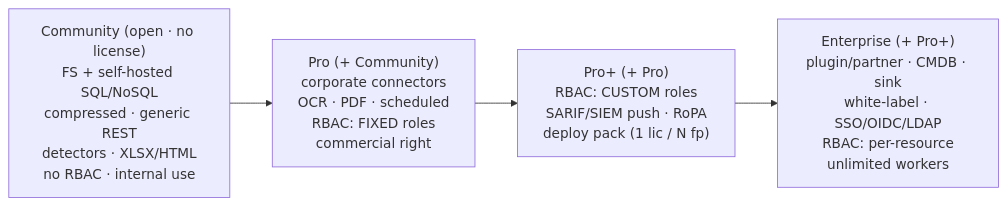
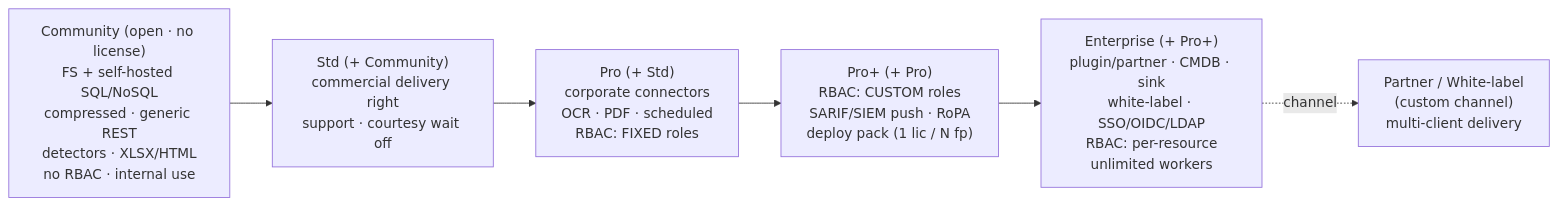
The first of 2 diagrams in docs/SUBSCRIPTION_TIERS.md (DataBoar/data-boar), drawn with Mermaid before and after one commit. The commit also changed other lines of this file and 20 other files, not shown here.

First line of the commit message:
feat(licensing): add Std/Pro+/Partner tiers and security hardening slice

````diff
--- a/docs/SUBSCRIPTION_TIERS.md
+++ b/docs/SUBSCRIPTION_TIERS.md
@@ -24,8 +26,11 @@
 ```mermaid
 flowchart LR
     C["Community (open · no license)<br/>FS + self-hosted SQL/NoSQL<br/>compressed · generic REST<br/>detectors · XLSX/HTML<br/>no RBAC · internal use"]
-    P["Pro (+ Community)<br/>corporate connectors<br/>OCR · PDF · scheduled<br/>RBAC: FIXED roles<br/>commercial right"]
+    S["Std (+ Community)<br/>commercial delivery right<br/>support · courtesy wait off"]
+    P["Pro (+ Std)<br/>corporate connectors<br/>OCR · PDF · scheduled<br/>RBAC: FIXED roles"]
     PP["Pro+ (+ Pro)<br/>RBAC: CUSTOM roles<br/>SARIF/SIEM push · RoPA<br/>deploy pack (1 lic / N fp)"]
     E["Enterprise (+ Pro+)<br/>plugin/partner · CMDB · sink<br/>white-label · SSO/OIDC/LDAP<br/>RBAC: per-resource<br/>unlimited workers"]
-    C --> P --> PP --> E
+    PT["Partner / White-label<br/>(custom channel)<br/>multi-client delivery"]
+    C --> S --> P --> PP --> E
+    E -. channel .-> PT
 ```
````
